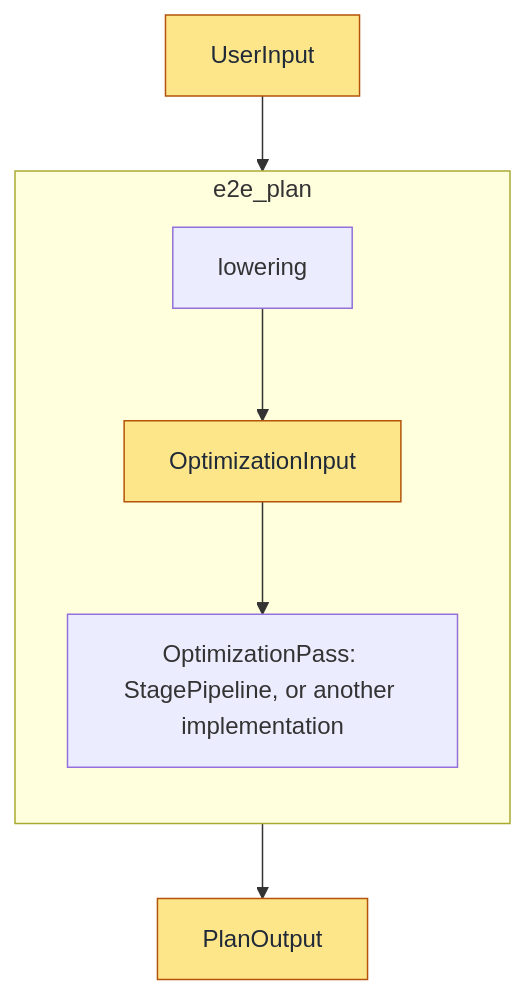
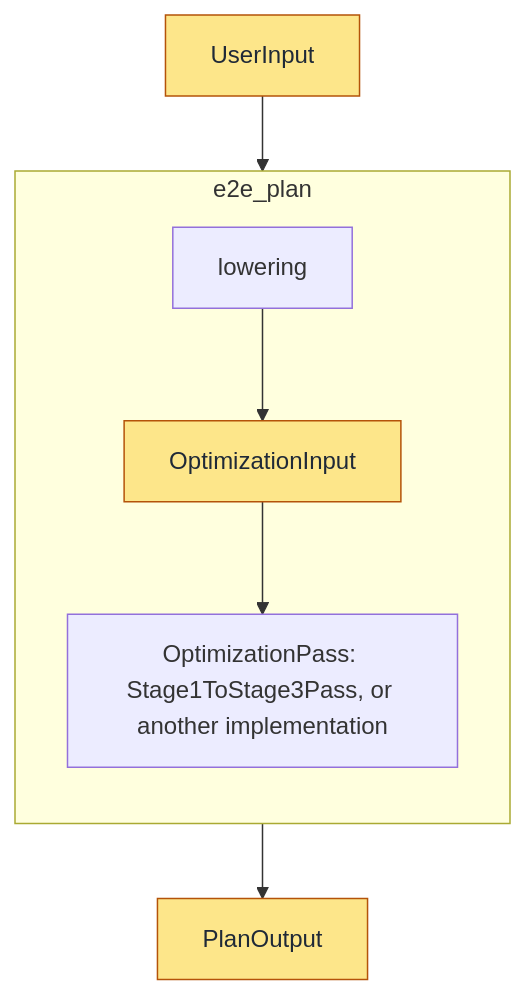
The diagram in docs/design_docs/architecture/updated_interface_with_pluggable_optimization.md (ProjectASAP/ASAPPlanner), drawn with Mermaid before and after one commit. The commit also changed other lines of this file and 20 other files, not shown here.

First line of the commit message:
refactor(planner): name the planner pipeline Stage 1 to Stage 3 and its fields by stage

````diff
--- a/docs/design_docs/architecture/updated_interface_with_pluggable_optimization.md
+++ b/docs/design_docs/architecture/updated_interface_with_pluggable_optimization.md
@@ -37,19 +37,19 @@
 ```mermaid
 flowchart TD
     U["UserInput"]
     OUT["PlanOutput"]
 
     subgraph e2e_plan
         direction TB
         L["lowering"]
         O["OptimizationInput"]
-        PASS["OptimizationPass: StagePipeline, or another implementation"]
+        PASS["OptimizationPass: Stage1ToStage3Pass, or another implementation"]
         L --> O --> PASS
     end
 
     U --> L
     PASS --> OUT
 
     classDef data fill:#fde68a,stroke:#b45309,color:#1f2937
     class U,O,OUT data
 ```
````
